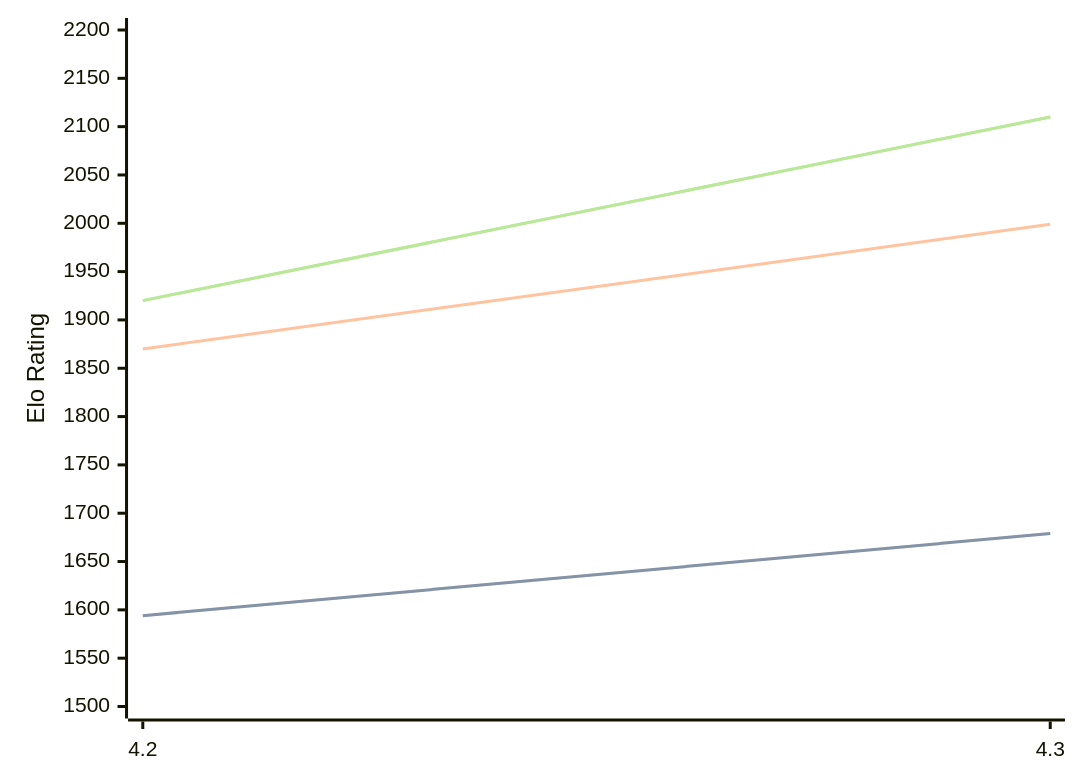
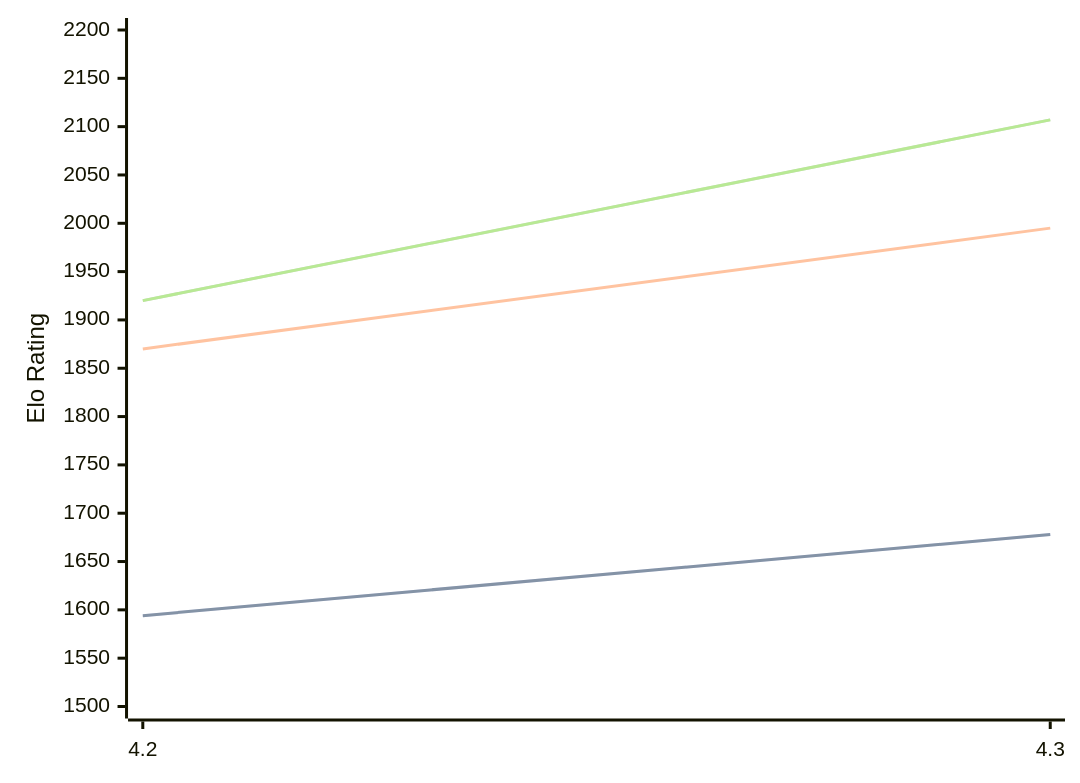
One commit to computer-chess-index/cci changed the diagram in engines/Radiance.md. Above: the diagram before and after it, drawn with Mermaid. The commit also changed other lines of this file, not shown here.

Commit message:
Update CCI Ratings (ELO VLTC) - 2026-03-30

````diff
--- a/engines/Radiance.md
+++ b/engines/Radiance.md
@@ -35,11 +35,11 @@
 ```mermaid
 %%{init: {"theme":"base","themeVariables":{"seriesColors:['#a3a3a3','#222221','#faa371']}}}%%
 xychart-beta
   x-axis ["4.2", "4.3"]
   y-axis "Elo Rating" 1500 --> 2200
-  line "STC (8.0+0.08s)" [1594, 1679]
-  line "STC (8.0+0.08s)" [1594, 1679]
-  line "LTC (60.0+0.60s)" [1870, 1999]
-  line "VLTC (2m24s+1.12s)" [1920, 2110]
-  line "VLTC (2m24s+1.12s)" [1920, 2110]
+  line "STC (8.0+0.08s)" [1594, 1678]
+  line "STC (8.0+0.08s)" [1594, 1678]
+  line "LTC (60.0+0.60s)" [1870, 1995]
+  line "VLTC (2m24s+1.12s)" [1920, 2107]
+  line "VLTC (2m24s+1.12s)" [1920, 2107]
 ```
````
